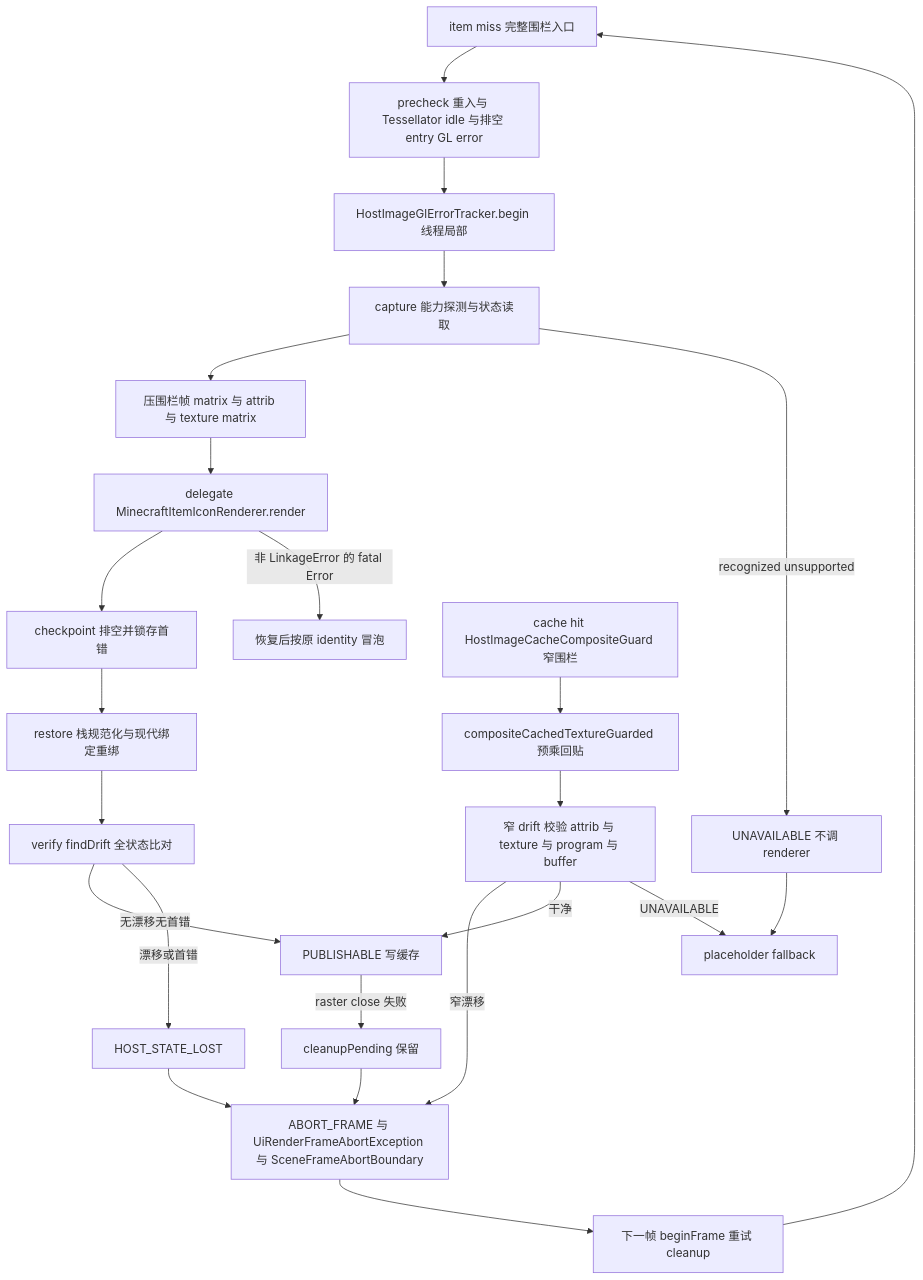
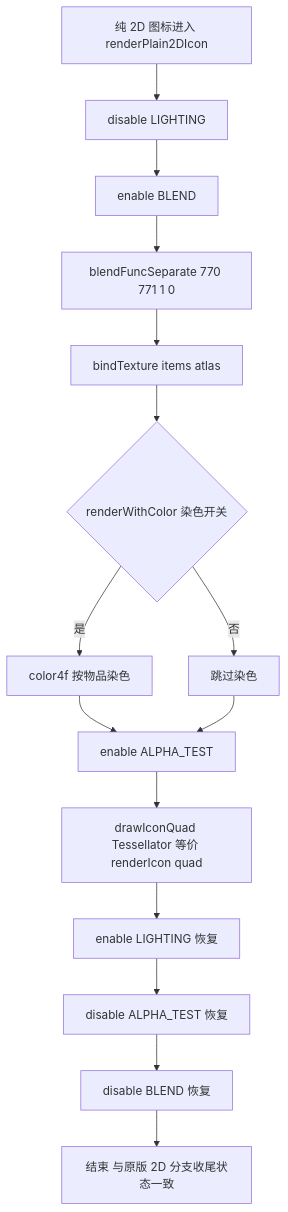
The second of 2 diagrams in docs/开发者文档/架构图/08-物品渲染包装.md (QuanhuZeYu/Qz-UILib), drawn with Mermaid before and after one commit. The commit also changed other lines of this file and 8 other files, not shown here.

````diff
--- a/docs/开发者文档/架构图/08-物品渲染包装.md
+++ b/docs/开发者文档/架构图/08-物品渲染包装.md
@@ -43,26 +34,17 @@
 ```mermaid
 flowchart TD
-    A["item miss 完整围栏入口"] --> B["precheck 重入与 Tessellator idle 与排空 entry GL error"]
-    B --> C["HostImageGlErrorTracker.begin 线程局部"]
-    C --> D["capture 能力探测与状态读取"]
-    D --> E["压围栏帧 matrix 与 attrib 与 texture matrix"]
-    E --> F["delegate MinecraftItemIconRenderer.render"]
-    F --> G["checkpoint 排空并锁存首错"]
-    G --> H["restore 栈规范化与现代绑定重绑"]
-    H --> I["verify findDrift 全状态比对"]
-    I -->|"无漂移无首错"| J["PUBLISHABLE 写缓存"]
-    I -->|"漂移或首错"| K["HOST_STATE_LOST"]
-    K --> L["ABORT_FRAME 与 UiRenderFrameAbortException 与 SceneFrameAbortBoundary"]
-    D -->|"recognized unsupported"| M["UNAVAILABLE 不调 renderer"]
-    M --> S["placeholder fallback"]
-    F -->|"非 LinkageError 的 fatal Error"| N["恢复后按原 identity 冒泡"]
-    O["cache hit HostImageCacheCompositeGuard 窄围栏"] --> P["compositeCachedTextureGuarded 预乘回贴"]
-    P --> Q["窄 drift 校验 attrib 与 texture 与 program 与 buffer"]
-    Q -->|"窄漂移"| L
-    Q -->|"干净"| J
-    Q -->|"UNAVAILABLE"| S
-    J -->|"raster close 失败"| R["cleanupPending 保留"]
-    R --> L
-    L --> T["下一帧 beginFrame 重试 cleanup"]
-    T --> A
+    A["纯 2D 图标进入 renderPlain2DIcon"] --> B["disable LIGHTING"]
+    B --> C["enable BLEND"]
+    C --> D["blendFuncSeparate 770 771 1 0"]
+    D --> E["bindTexture items atlas"]
+    E --> F{"renderWithColor 染色开关"}
+    F -- "是" --> G["color4f 按物品染色"]
+    F -- "否" --> H["跳过染色"]
+    G --> I["enable ALPHA_TEST"]
+    H --> I
+    I --> J["drawIconQuad Tessellator 等价 renderIcon quad"]
+    J --> K["enable LIGHTING 恢复"]
+    K --> L["disable ALPHA_TEST 恢复"]
+    L --> M["disable BLEND 恢复"]
+    M --> N["结束 与原版 2D 分支收尾状态一致"]
 ```
````
